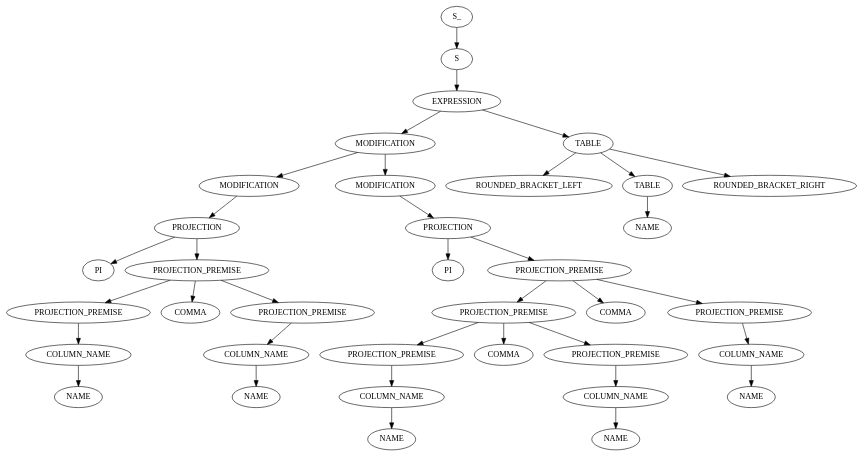
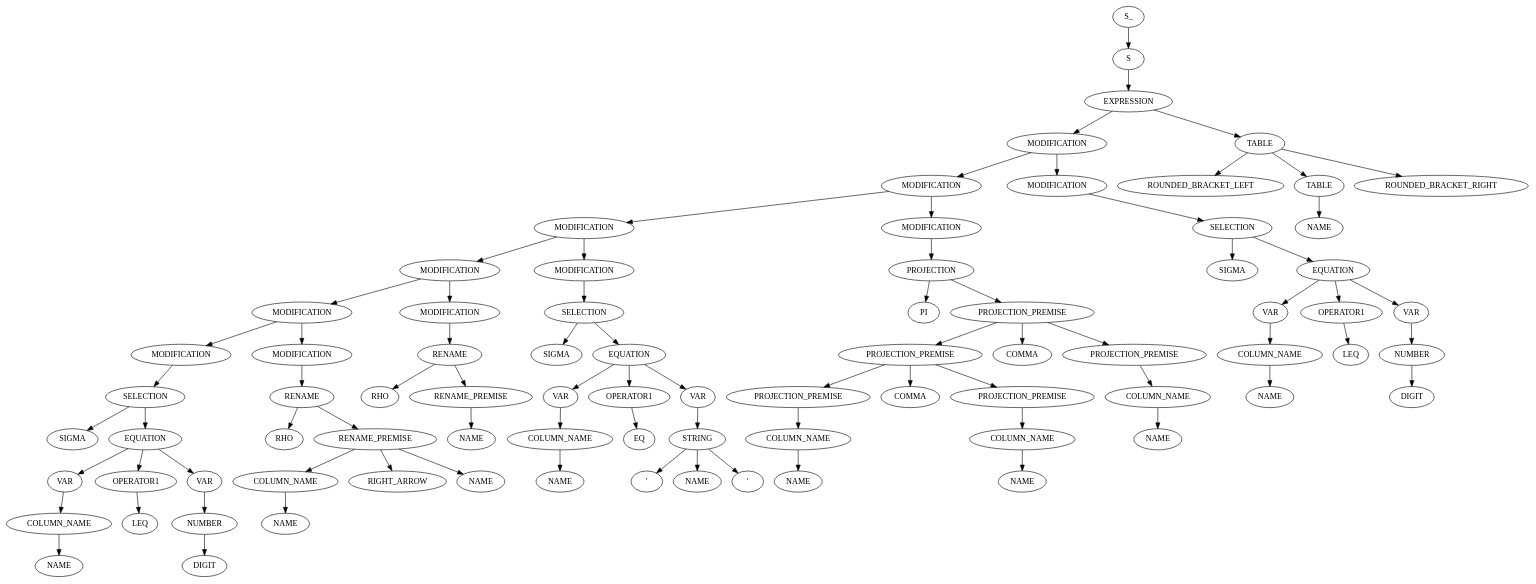
Before and after one commit to RobbeNooyens/RATSQL: the diagram in output/out.dot, drawn with Graphviz. The commit also changed 4 other files, not shown here.

```diff
--- a/output/out.dot
+++ b/output/out.dot
@@ -1,73 +1,161 @@
 digraph ParseTree {
   0 [label="S_"];
   0 -> 1
   1 [label="S"];
   1 -> 2
   2 [label="EXPRESSION"];
   2 -> 3
   3 [label="MODIFICATION"];
   3 -> 4
   4 [label="MODIFICATION"];
   4 -> 5
-  5 [label="PROJECTION"];
+  5 [label="MODIFICATION"];
   5 -> 6
-  6 [label="PI"];
-  5 -> 7
-  7 [label="PROJECTION_PREMISE"];
+  6 [label="MODIFICATION"];
+  6 -> 7
+  7 [label="MODIFICATION"];
   7 -> 8
-  8 [label="PROJECTION_PREMISE"];
+  8 [label="MODIFICATION"];
   8 -> 9
-  9 [label="COLUMN_NAME"];
+  9 [label="SELECTION"];
   9 -> 10
-  10 [label="NAME"];
-  7 -> 11
-  11 [label="COMMA"];
-  7 -> 12
-  12 [label="PROJECTION_PREMISE"];
+  10 [label="SIGMA"];
+  9 -> 11
+  11 [label="EQUATION"];
+  11 -> 12
+  12 [label="VAR"];
   12 -> 13
   13 [label="COLUMN_NAME"];
   13 -> 14
   14 [label="NAME"];
-  3 -> 15
-  15 [label="MODIFICATION"];
+  11 -> 15
+  15 [label="OPERATOR1"];
   15 -> 16
-  16 [label="PROJECTION"];
-  16 -> 17
-  17 [label="PI"];
-  16 -> 18
-  18 [label="PROJECTION_PREMISE"];
+  16 [label="LEQ"];
+  11 -> 17
+  17 [label="VAR"];
+  17 -> 18
+  18 [label="NUMBER"];
   18 -> 19
-  19 [label="PROJECTION_PREMISE"];
-  19 -> 20
-  20 [label="PROJECTION_PREMISE"];
+  19 [label="DIGIT"];
+  7 -> 20
+  20 [label="MODIFICATION"];
   20 -> 21
-  21 [label="COLUMN_NAME"];
+  21 [label="RENAME"];
   21 -> 22
-  22 [label="NAME"];
-  19 -> 23
-  23 [label="COMMA"];
-  19 -> 24
-  24 [label="PROJECTION_PREMISE"];
+  22 [label="RHO"];
+  21 -> 23
+  23 [label="RENAME_PREMISE"];
+  23 -> 24
+  24 [label="COLUMN_NAME"];
   24 -> 25
-  25 [label="COLUMN_NAME"];
-  25 -> 26
-  26 [label="NAME"];
-  18 -> 27
-  27 [label="COMMA"];
-  18 -> 28
-  28 [label="PROJECTION_PREMISE"];
+  25 [label="NAME"];
+  23 -> 26
+  26 [label="RIGHT_ARROW"];
+  23 -> 27
+  27 [label="NAME"];
+  6 -> 28
+  28 [label="MODIFICATION"];
   28 -> 29
-  29 [label="COLUMN_NAME"];
+  29 [label="RENAME"];
   29 -> 30
-  30 [label="NAME"];
-  2 -> 31
-  31 [label="TABLE"];
+  30 [label="RHO"];
+  29 -> 31
+  31 [label="RENAME_PREMISE"];
   31 -> 32
-  32 [label="ROUNDED_BRACKET_LEFT"];
-  31 -> 33
-  33 [label="TABLE"];
+  32 [label="NAME"];
+  5 -> 33
+  33 [label="MODIFICATION"];
   33 -> 34
-  34 [label="NAME"];
-  31 -> 35
-  35 [label="ROUNDED_BRACKET_RIGHT"];
+  34 [label="SELECTION"];
+  34 -> 35
+  35 [label="SIGMA"];
+  34 -> 36
+  36 [label="EQUATION"];
+  36 -> 37
+  37 [label="VAR"];
+  37 -> 38
+  38 [label="COLUMN_NAME"];
+  38 -> 39
+  39 [label="NAME"];
+  36 -> 40
+  40 [label="OPERATOR1"];
+  40 -> 41
+  41 [label="EQ"];
+  36 -> 42
+  42 [label="VAR"];
+  42 -> 43
+  43 [label="STRING"];
+  43 -> 44
+  44 [label="'"];
+  43 -> 45
+  45 [label="NAME"];
+  43 -> 46
+  46 [label="'"];
+  4 -> 47
+  47 [label="MODIFICATION"];
+  47 -> 48
+  48 [label="PROJECTION"];
+  48 -> 49
+  49 [label="PI"];
+  48 -> 50
+  50 [label="PROJECTION_PREMISE"];
+  50 -> 51
+  51 [label="PROJECTION_PREMISE"];
+  51 -> 52
+  52 [label="PROJECTION_PREMISE"];
+  52 -> 53
+  53 [label="COLUMN_NAME"];
+  53 -> 54
+  54 [label="NAME"];
+  51 -> 55
+  55 [label="COMMA"];
+  51 -> 56
+  56 [label="PROJECTION_PREMISE"];
+  56 -> 57
+  57 [label="COLUMN_NAME"];
+  57 -> 58
+  58 [label="NAME"];
+  50 -> 59
+  59 [label="COMMA"];
+  50 -> 60
+  60 [label="PROJECTION_PREMISE"];
+  60 -> 61
+  61 [label="COLUMN_NAME"];
+  61 -> 62
+  62 [label="NAME"];
+  3 -> 63
+  63 [label="MODIFICATION"];
+  63 -> 64
+  64 [label="SELECTION"];
+  64 -> 65
+  65 [label="SIGMA"];
+  64 -> 66
+  66 [label="EQUATION"];
+  66 -> 67
+  67 [label="VAR"];
+  67 -> 68
+  68 [label="COLUMN_NAME"];
+  68 -> 69
+  69 [label="NAME"];
+  66 -> 70
+  70 [label="OPERATOR1"];
+  70 -> 71
+  71 [label="LEQ"];
+  66 -> 72
+  72 [label="VAR"];
+  72 -> 73
+  73 [label="NUMBER"];
+  73 -> 74
+  74 [label="DIGIT"];
+  2 -> 75
+  75 [label="TABLE"];
+  75 -> 76
+  76 [label="ROUNDED_BRACKET_LEFT"];
+  75 -> 77
+  77 [label="TABLE"];
+  77 -> 78
+  78 [label="NAME"];
+  75 -> 79
+  79 [label="ROUNDED_BRACKET_RIGHT"];
 }
```
